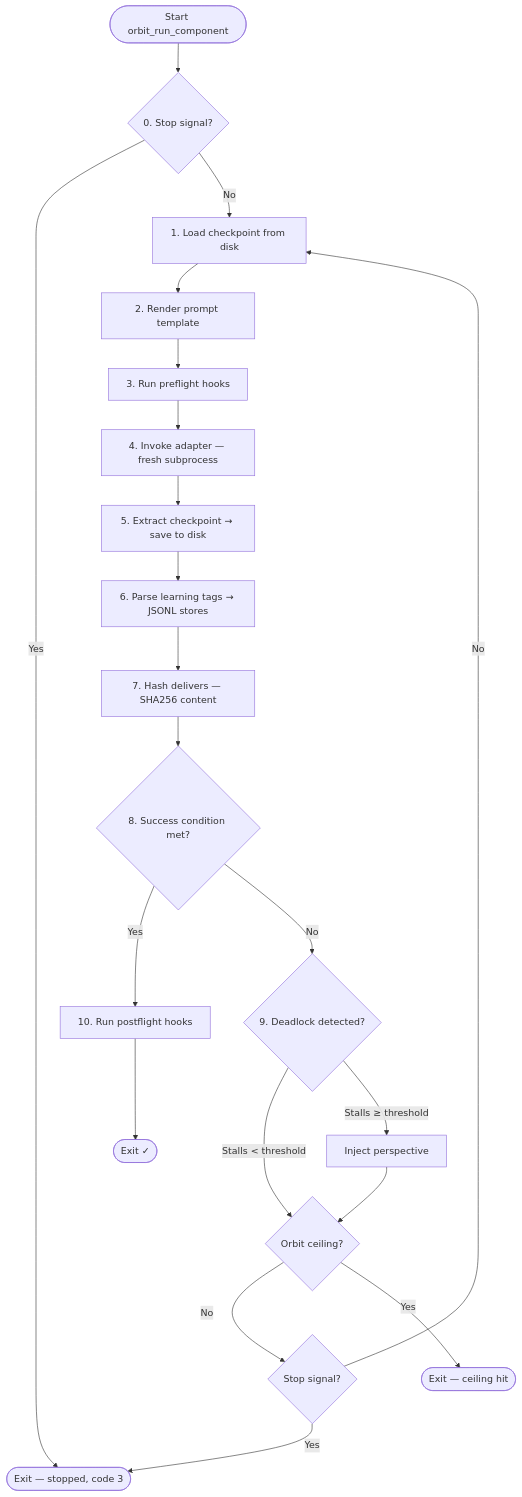
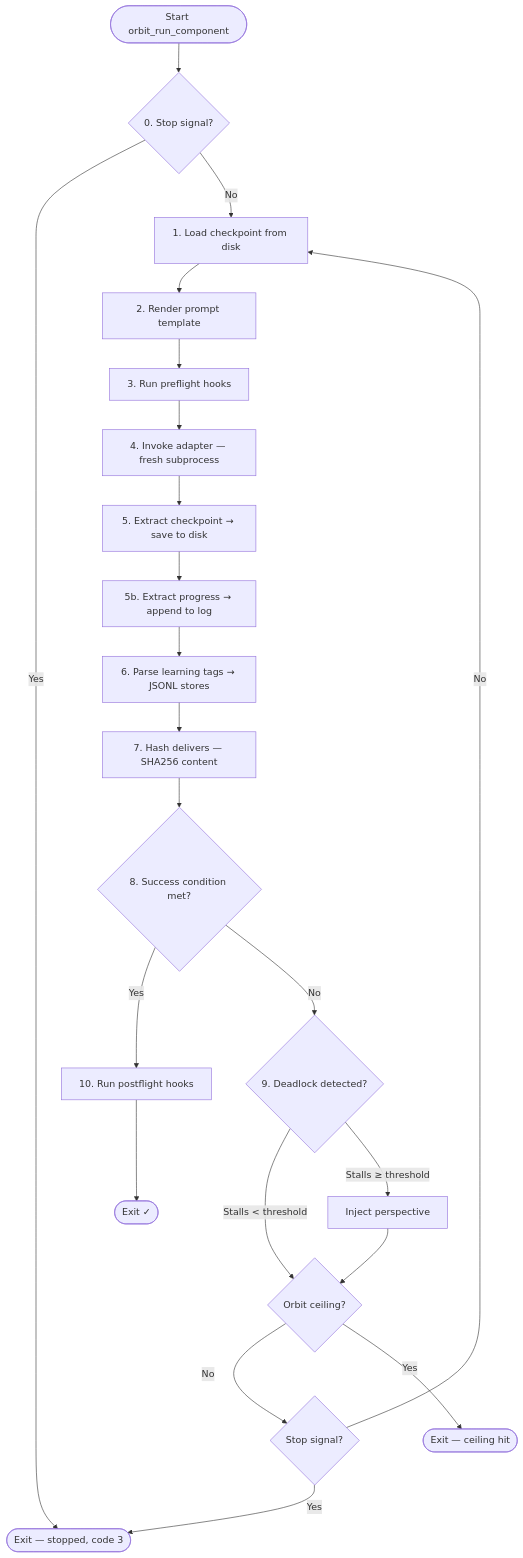
Before and after one commit to Modal-Vector/Orbit-Rover: the diagram in docs/orbit-loop.md, drawn with Mermaid. The commit also changed other lines of this file and 15 other files, not shown here.

First line of the commit message:
Add <progress> tag for append-only operational state across orbits

````diff
--- a/docs/orbit-loop.md
+++ b/docs/orbit-loop.md
@@ -20,23 +20,24 @@
 ```mermaid
 flowchart TD
     A([Start orbit_run_component]) --> STOP{0. Stop signal?}
     STOP -- Yes --> STOP_EXIT([Exit — stopped, code 3])
     STOP -- No --> B[1. Load checkpoint from disk]
     B --> C[2. Render prompt template]
     C --> D[3. Run preflight hooks]
     D --> E[4. Invoke adapter — fresh subprocess]
     E --> F[5. Extract checkpoint → save to disk]
-    F --> G[6. Parse learning tags → JSONL stores]
+    F --> F2[5b. Extract progress → append to log]
+    F2 --> G[6. Parse learning tags → JSONL stores]
     G --> H[7. Hash delivers — SHA256 content]
     H --> I{8. Success condition met?}
     I -- Yes --> K[10. Run postflight hooks]
     K --> L([Exit ✓])
     I -- No --> J{9. Deadlock detected?}
     J -- "Stalls < threshold" --> M{Orbit ceiling?}
     J -- "Stalls ≥ threshold" --> N[Inject perspective]
     N --> M
     M -- No --> STOP2{Stop signal?}
     STOP2 -- Yes --> STOP_EXIT
     STOP2 -- No --> B
     M -- Yes --> O([Exit — ceiling hit])
 ```
````
